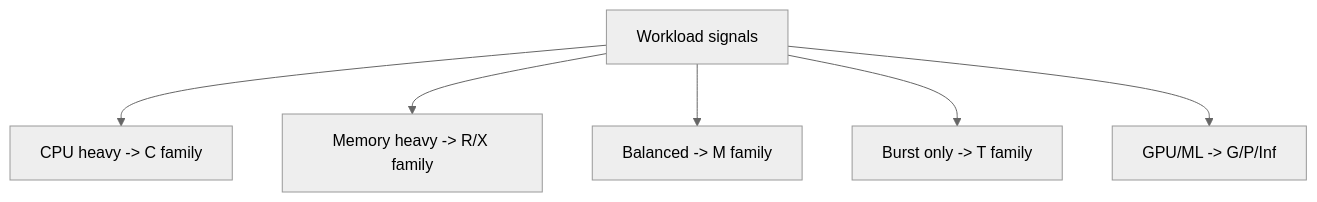
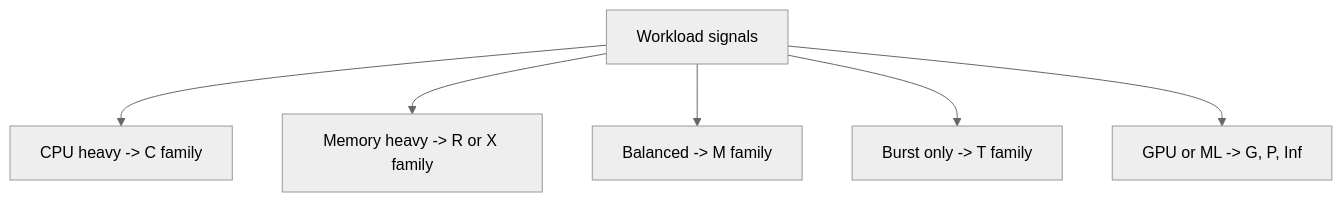
Before and after one commit to niceguy61/aws-saa-lecture-2026: the first of 2 diagrams in aws-saa/week03-domain03-high-performing-architectures/day01/01-theory.md, drawn with Mermaid (neutral theme). The commit also changed other lines of this file and 9 other files, not shown here.

Commit message:
Normalize mermaid labels to avoid special-char parse issues

````diff
--- a/aws-saa/week03-domain03-high-performing-architectures/day01/01-theory.md
+++ b/aws-saa/week03-domain03-high-performing-architectures/day01/01-theory.md
@@ -31,8 +31,8 @@
 ```mermaid
 flowchart TB
   Req[Workload signals] --> CPU[CPU heavy -> C family]
-  Req --> MEM[Memory heavy -> R/X family]
+  Req --> MEM[Memory heavy -> R or X family]
   Req --> BAL[Balanced -> M family]
   Req --> BURST[Burst only -> T family]
-  Req --> GPU[GPU/ML -> G/P/Inf]
+  Req --> GPU[GPU or ML -> G, P, Inf]
 ```
````
